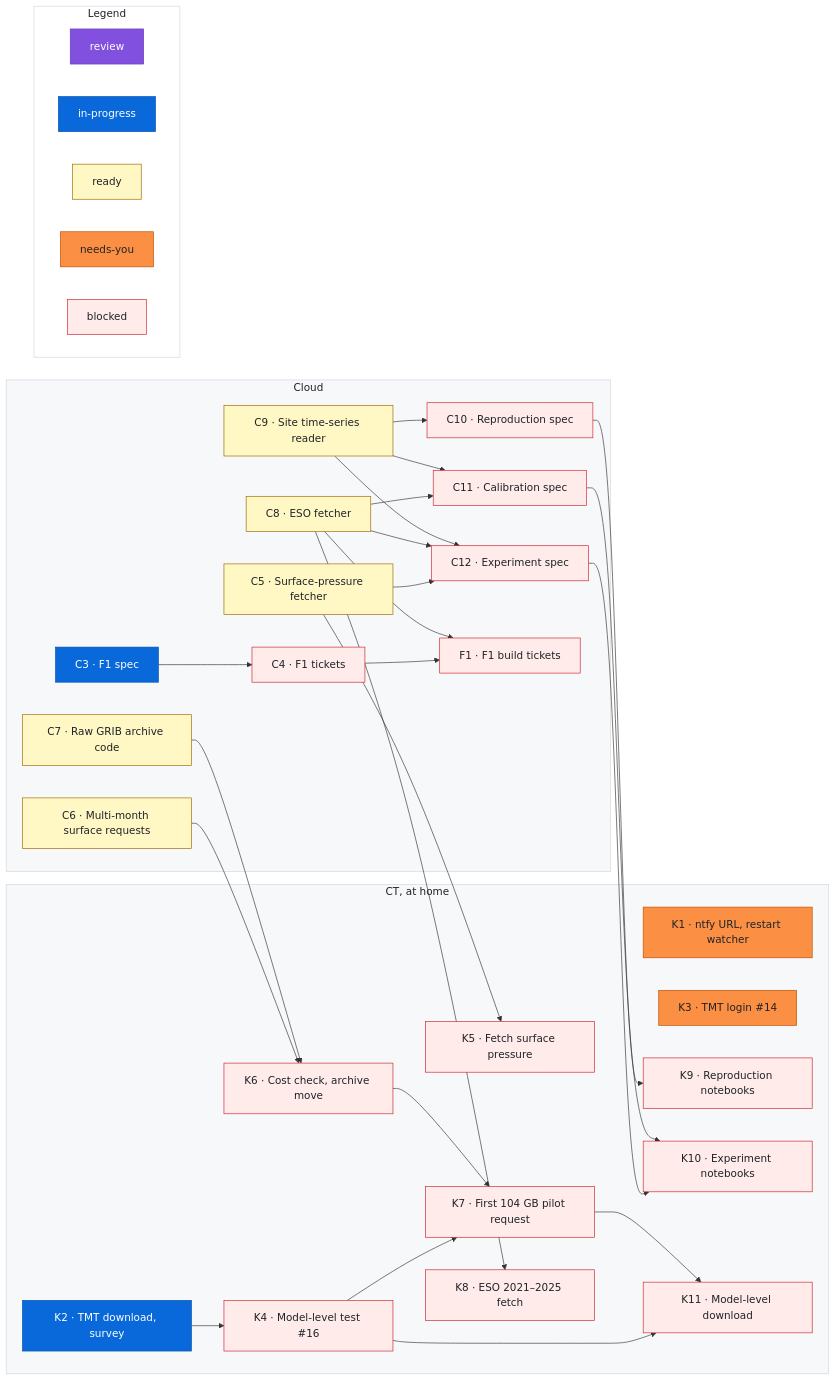
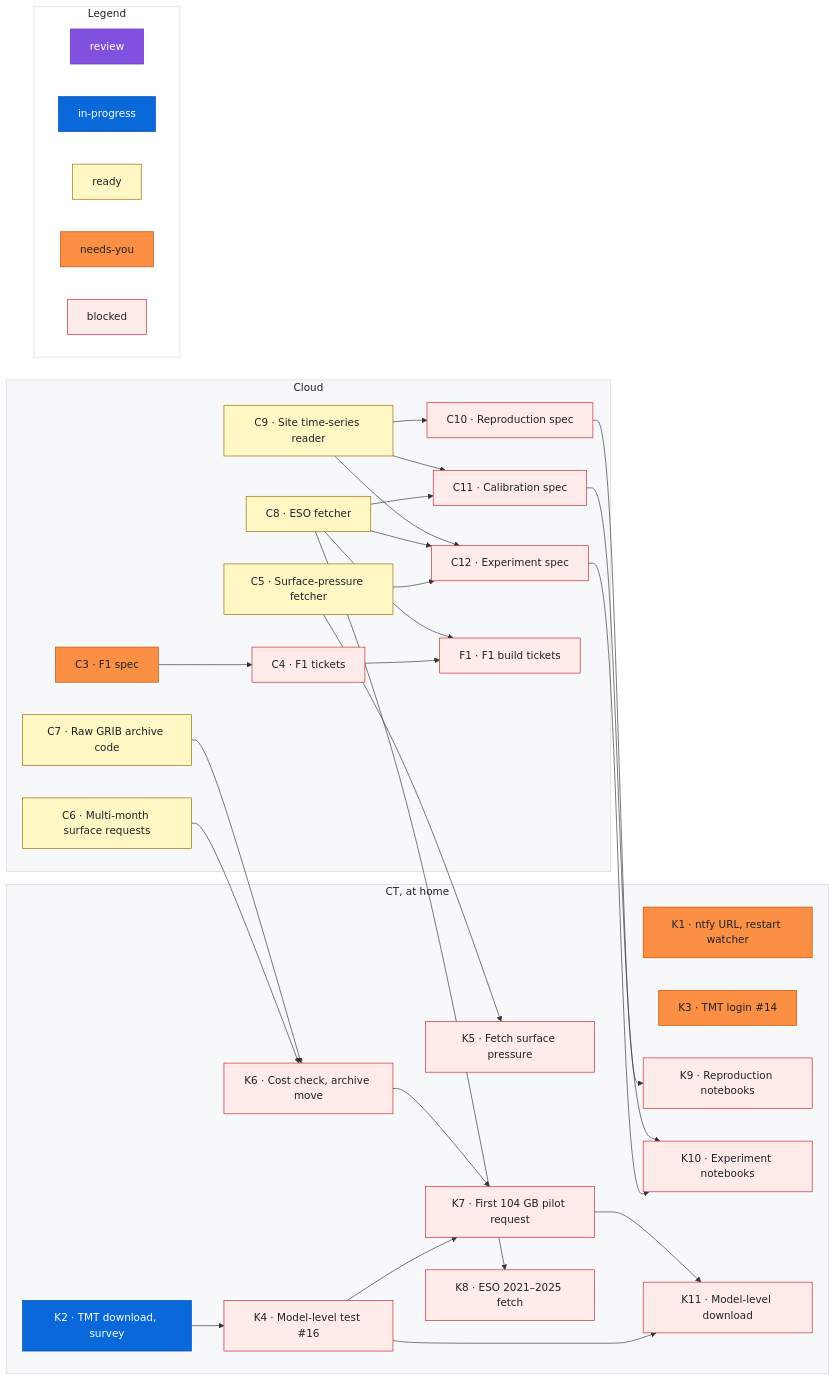
The diagram in docs/roadmap.md (rrweller/Astro-seeing), drawn with Mermaid before and after one commit. The commit also changed other lines of this file, not shown here.

Commit message:
roadmap: C3 in-progress → needs-you
Claude-Session: https://claude.ai/code/session_01ECS9rZACQZdAEdTqaRJbEG

```diff
--- a/docs/roadmap.md
+++ b/docs/roadmap.md
@@ -129,7 +129,7 @@
   classDef needsyou fill:#fb8f44,stroke:#bc4c00,color:#1f2328
   classDef blocked fill:#ffebe9,stroke:#cf222e,color:#1f2328
   %% Status lines: one per item, each followed by a `%% ---` spacer. Sessions change only the last word.
-  class C3 inprogress
+  class C3 needsyou
   %% ---
   class C4 blocked
   %% ---
```
